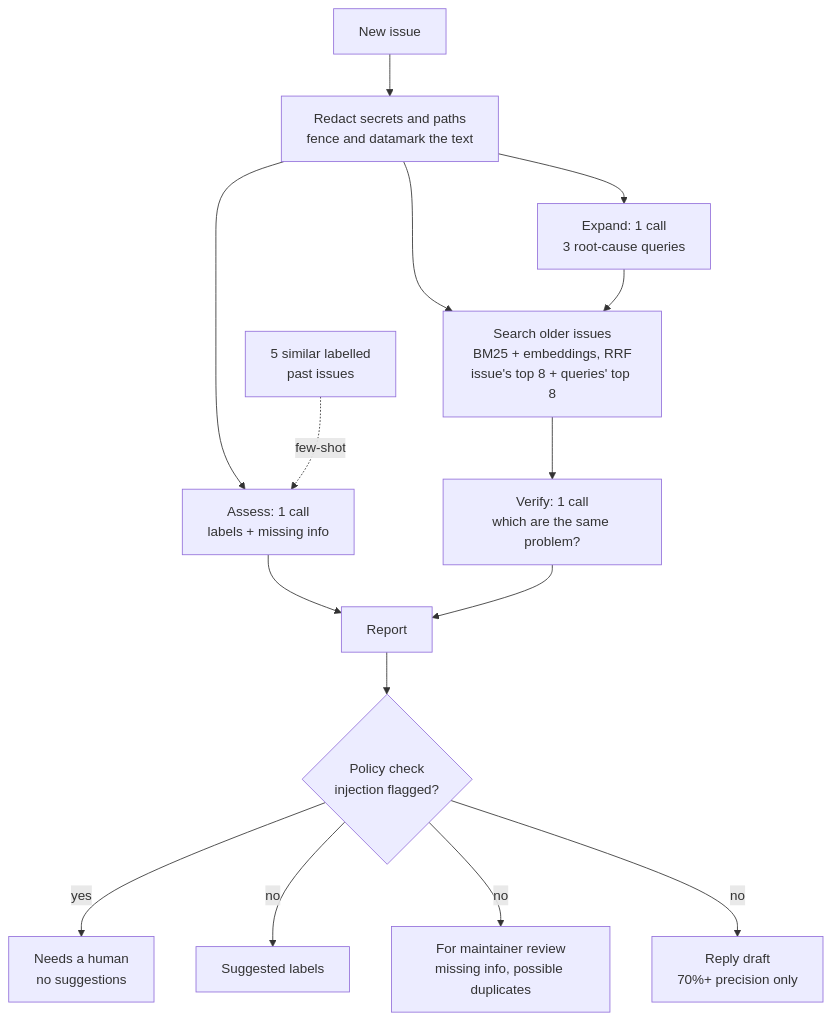
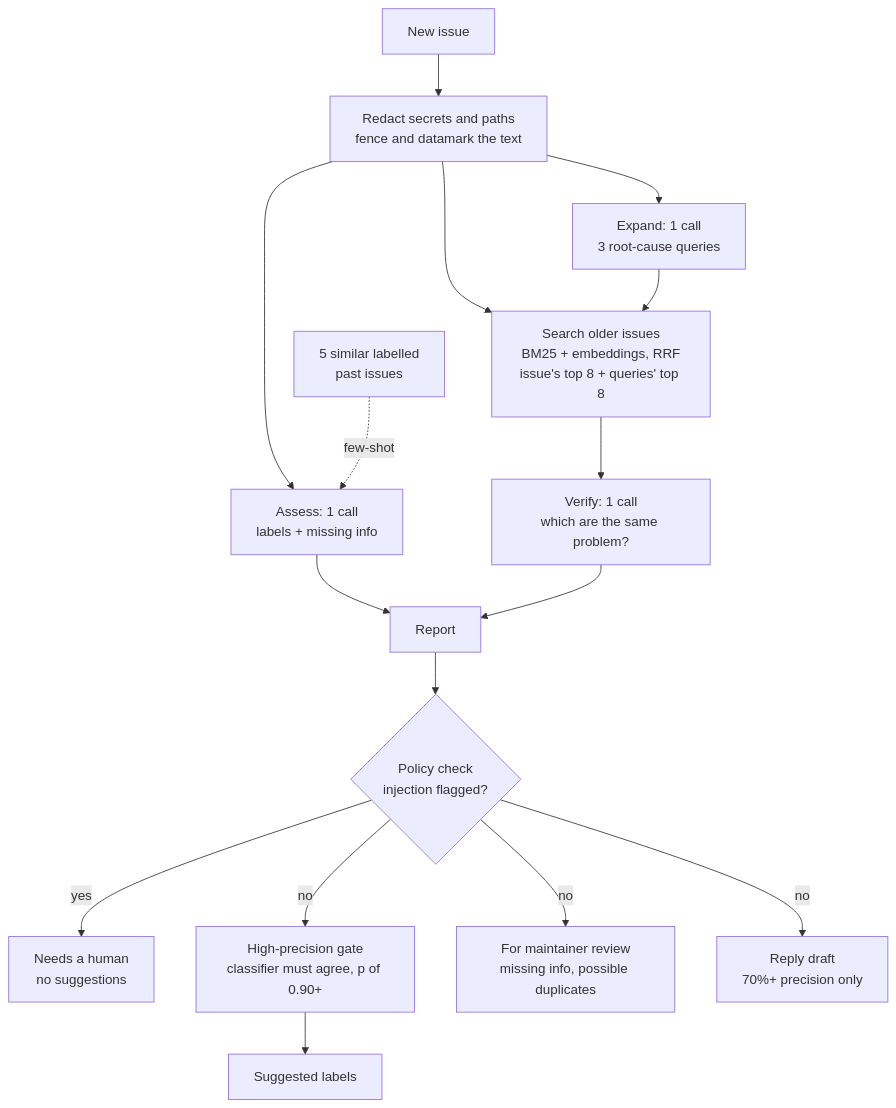
Before and after one commit to shashank11yadav/pytest-triage: the first of 6 diagrams in README.md, drawn with Mermaid. The commit also changed other lines of this file and 27 other files, not shown here.

First line of the commit message:
Add type: regression (prompt v4) and make high-precision mode the default

````diff
--- a/README.md
+++ b/README.md
@@ -57,17 +61,18 @@
 ```mermaid
 flowchart TD
     A[New issue] --> B["Redact secrets and paths<br/>fence and datamark the text"]
     B --> C["Assess: 1 call<br/>labels + missing info"]
     B --> D["Expand: 1 call<br/>3 root-cause queries"]
     K["5 similar labelled<br/>past issues"] -. few-shot .-> C
     B --> E["Search older issues<br/>BM25 + embeddings, RRF<br/>issue's top 8 + queries' top 8"]
     D --> E
     E --> F["Verify: 1 call<br/>which are the same problem?"]
     C --> R[Report]
     F --> R
     R --> Q{"Policy check<br/>injection flagged?"}
     Q -- yes --> H["Needs a human<br/>no suggestions"]
-    Q -- no --> L[Suggested labels]
+    Q -- no --> G["High-precision gate<br/>classifier must agree, p of 0.90+"]
+    G --> L[Suggested labels]
     Q -- no --> M["For maintainer review<br/>missing info, possible duplicates"]
     Q -- no --> P["Reply draft<br/>70%+ precision only"]
 ```
````
